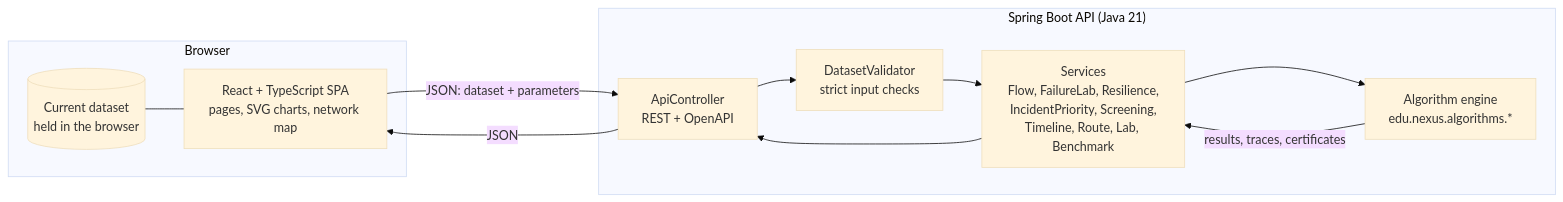
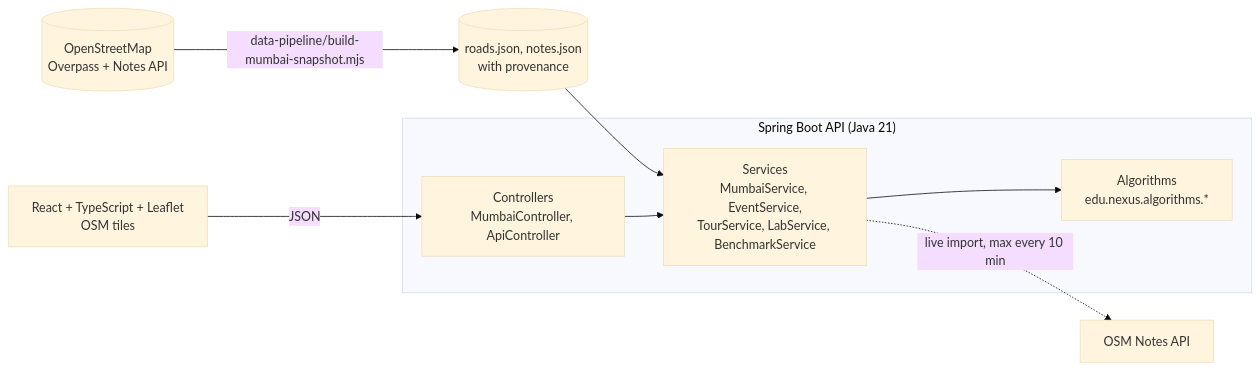
One commit to Amak786/nexus-resilience-simulator changed the diagram in README.md. Above: the diagram before and after it, drawn with Mermaid (base theme). The commit also changed other lines of this file and 37 other files, not shown here.

First line of the commit message:
Mumbai Network Intelligence front end, docs and benchmarks

````diff
--- a/README.md
+++ b/README.md
@@ -50,17 +50,11 @@
 ```mermaid
 flowchart LR
-  subgraph Browser
-    UI[React + TypeScript SPA<br/>pages, SVG charts, network map]
-    DS[(Current dataset<br/>held in the browser)]
+  OSM[(OpenStreetMap<br/>Overpass + Notes API)] -- data-pipeline/build-mumbai-snapshot.mjs --> SNAP[(roads.json, notes.json<br/>with provenance)]
+  SNAP --> SVC
+  subgraph API["Spring Boot API (Java 21)"]
+    C[Controllers<br/>MumbaiController, ApiController] --> SVC[Services<br/>MumbaiService, EventService,<br/>TourService, LabService, BenchmarkService]
+    SVC --> ALG[Algorithms<br/>edu.nexus.algorithms.*]
   end
-  subgraph "Spring Boot API (Java 21)"
-    C[ApiController<br/>REST + OpenAPI]
-    V[DatasetValidator<br/>strict input checks]
-    S[Services<br/>Flow, FailureLab, Resilience,<br/>IncidentPriority, Screening,<br/>Timeline, Route, Lab, Benchmark]
-    A[Algorithm engine<br/>edu.nexus.algorithms.*]
-  end
-  UI -- "JSON: dataset + parameters" --> C
-  DS --- UI
-  C --> V --> S --> A
-  A -- "results, traces, certificates" --> S --> C -- JSON --> UI
+  UI[React + TypeScript + Leaflet<br/>OSM tiles] -- JSON --> C
+  SVC -. live import, max every 10 min .-> NOTES[OSM Notes API]
 ```
````
